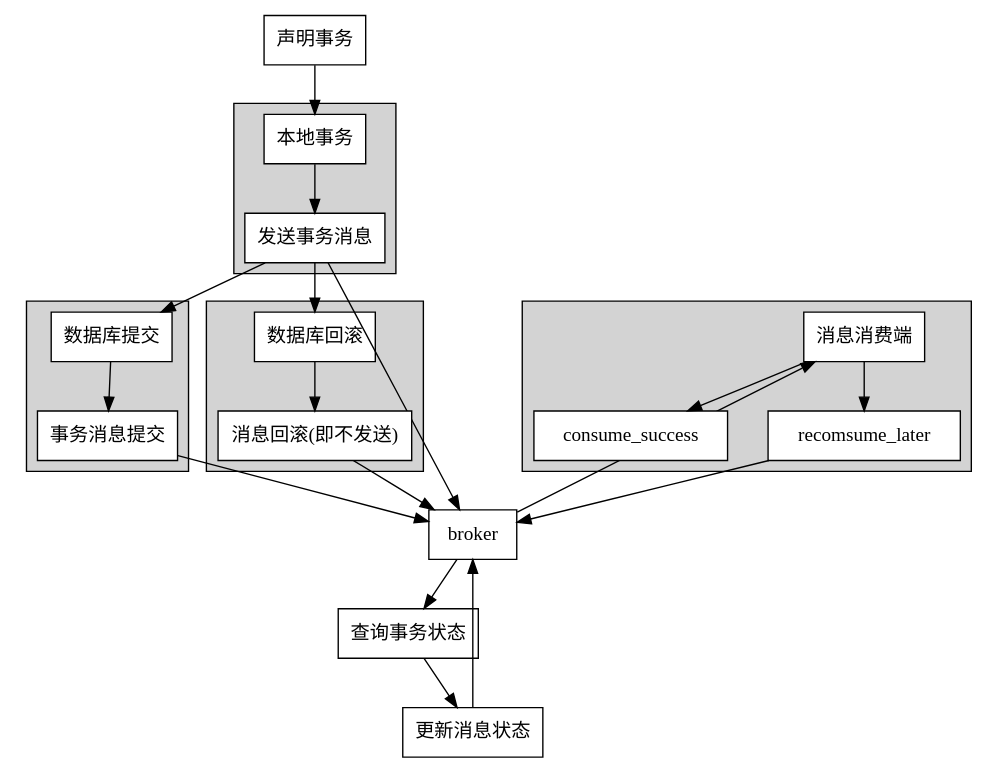
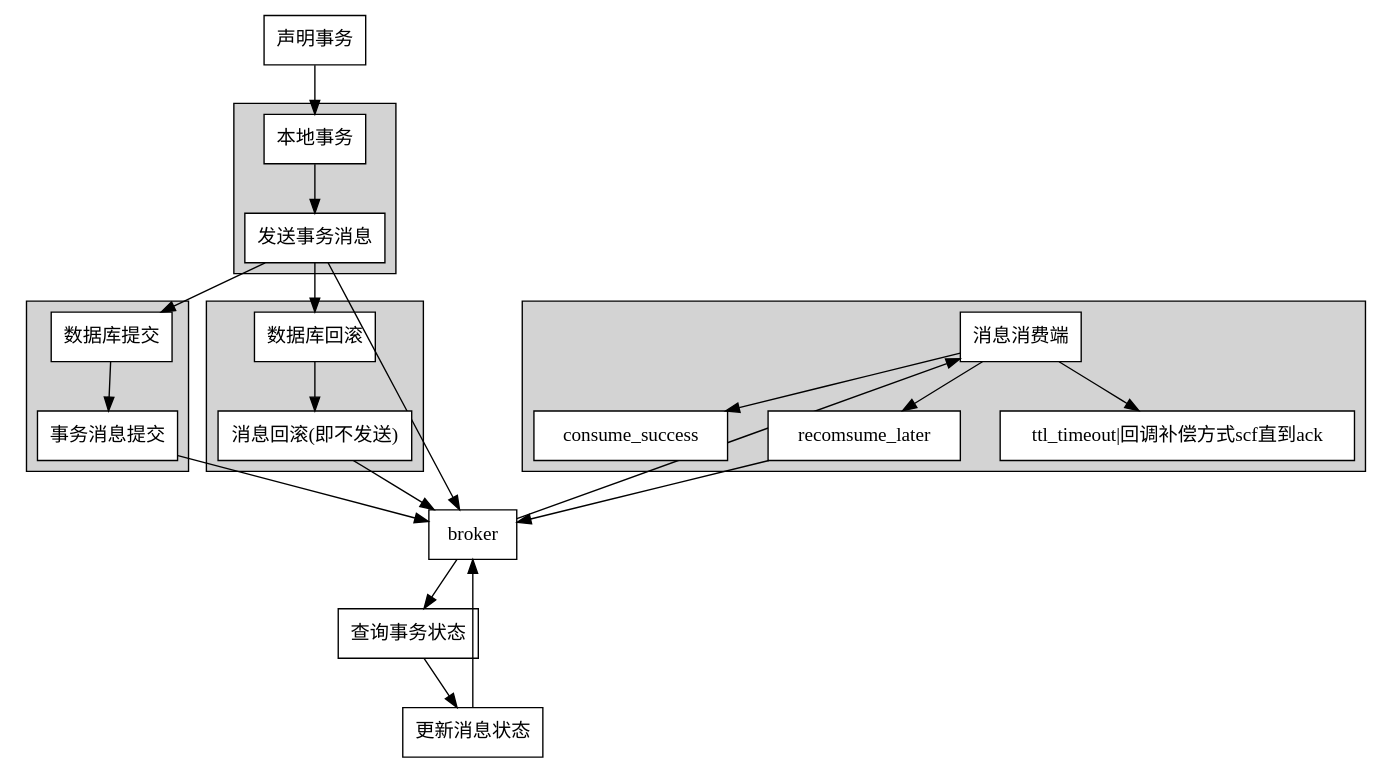
Before and after one commit to secwang/graphvizSample: the diagram in asynchronous_message.dot, drawn with Graphviz.

Commit message:
add model

```diff
--- a/asynchronous_message.dot
+++ b/asynchronous_message.dot
@@ -1,78 +1,82 @@
 digraph show {
     /*
     Author: secwang
     Created: 2016-07-25 16:40
     */
 
     // General layout for the graph
     // rankdir=LR; // Direction of the graph Left to Right
     sep="+25,25";
     splines=true;
     overlap=scalexy;
     nodesep=0.4;
     ranksep=0.5;
 
      node [style="filled",color=black,shape=box,fillcolor=white]; // Defines the default layout of the nodes
      graph [style=filled, splines=line]; // Fills the subgraphs and defines the layout of the connections
      //edge [arrowhead=none]
      rank = same; // Makes sure that nodes are properly aligned even without a connection
 
     begin [label = "声明事务"  ];
 
     local_transaction [label = "本地事务"];
 
     send_msg [label = "发送事务消息"];
 
     commit [label = "数据库提交"];
     msg_commit [label = "事务消息提交"];
 
     rollback [label = "数据库回滚"];
     msg_rollback [label = "消息回滚(即不发送)"];
 
     subgraph cluster0 {
       local_transaction -> send_msg
     }
 
     subgraph cluster1{
       rollback -> msg_rollback;
     }
 
     subgraph cluster2{
       commit -> msg_commit;
     }
 
     begin  ->  local_transaction;
 
     send_msg -> commit
 
     send_msg -> rollback
 
 
     broker [label = "broker",pos = "1,1!"]
     consumer [label = "消息消费端"]
 
     consume_success [label = "consume_success"]
     reconsume_later [ label = "recomsume_later"]
+    ttl_timeout [ label = "ttl_timeout|回调补偿方式scf直到ack"]
+
+  // 一方面是补偿函数，远程补偿，另一方面实际上是，ttl 消息消费补偿
 
    broker -> consumer
 
    subgraph cluster3{
       consumer -> consume_success
       consumer -> reconsume_later
+      consumer -> ttl_timeout
    }
 
    msg_commit ->  broker
 
    reconsume_later -> broker
    send_msg -> broker
    msg_rollback -> broker
 
    transaction_state [label = "查询事务状态"]
    broker_update_msg [label = "更新消息状态"]
    broker -> transaction_state
    transaction_state -> broker_update_msg
    broker_update_msg  -> broker
 
 
 
 }
```
